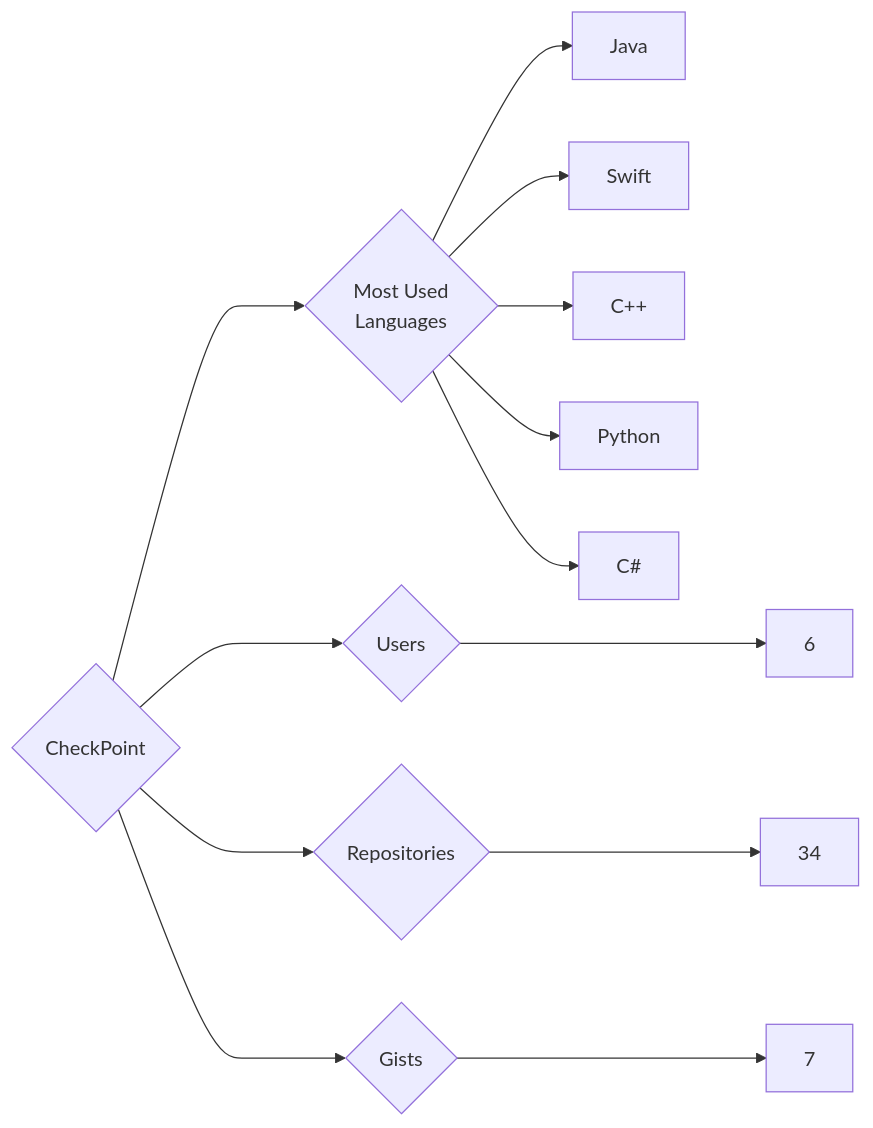
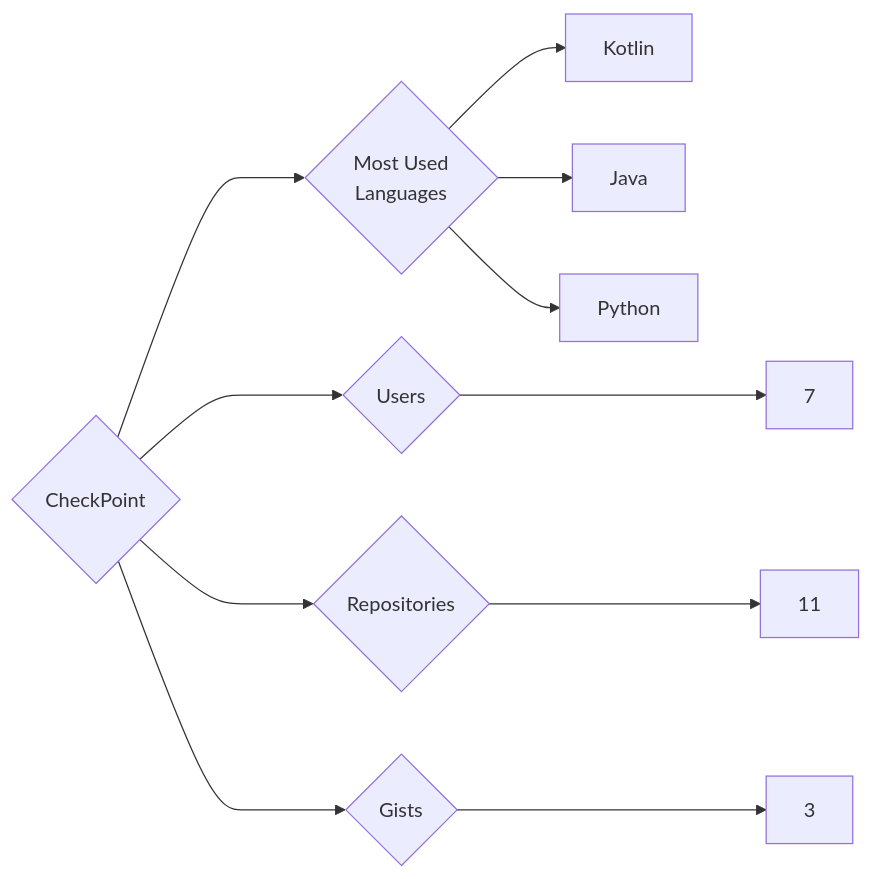
Before and after one commit to trickest/insiders: the diagram in targets/CheckPoint/README.md, drawn with Mermaid. The commit also changed 1195 other files, not shown here.

````diff
--- a/targets/CheckPoint/README.md
+++ b/targets/CheckPoint/README.md
@@ -3,13 +3,11 @@
 ```mermaid
 graph LR
 COMPANY_NAME{CheckPoint}
-COMPANY_NAME ---> U{Users} ---> UN[6]
-COMPANY_NAME ---> R{Repositories} ---> RN[34]
-COMPANY_NAME ---> G{Gists} ---> GN[7]
+COMPANY_NAME ---> U{Users} ---> UN[7]
+COMPANY_NAME ---> R{Repositories} ---> RN[11]
+COMPANY_NAME ---> G{Gists} ---> GN[3]
 COMPANY_NAME ---> ML{Most Used<br>Languages}
+ML --> Kotlin[Kotlin]
 ML --> Java[Java]
-ML --> Swift[Swift]
-ML --> C++[C++]
 ML --> Python[Python]
-ML --> C#[C#]
 ```
````
